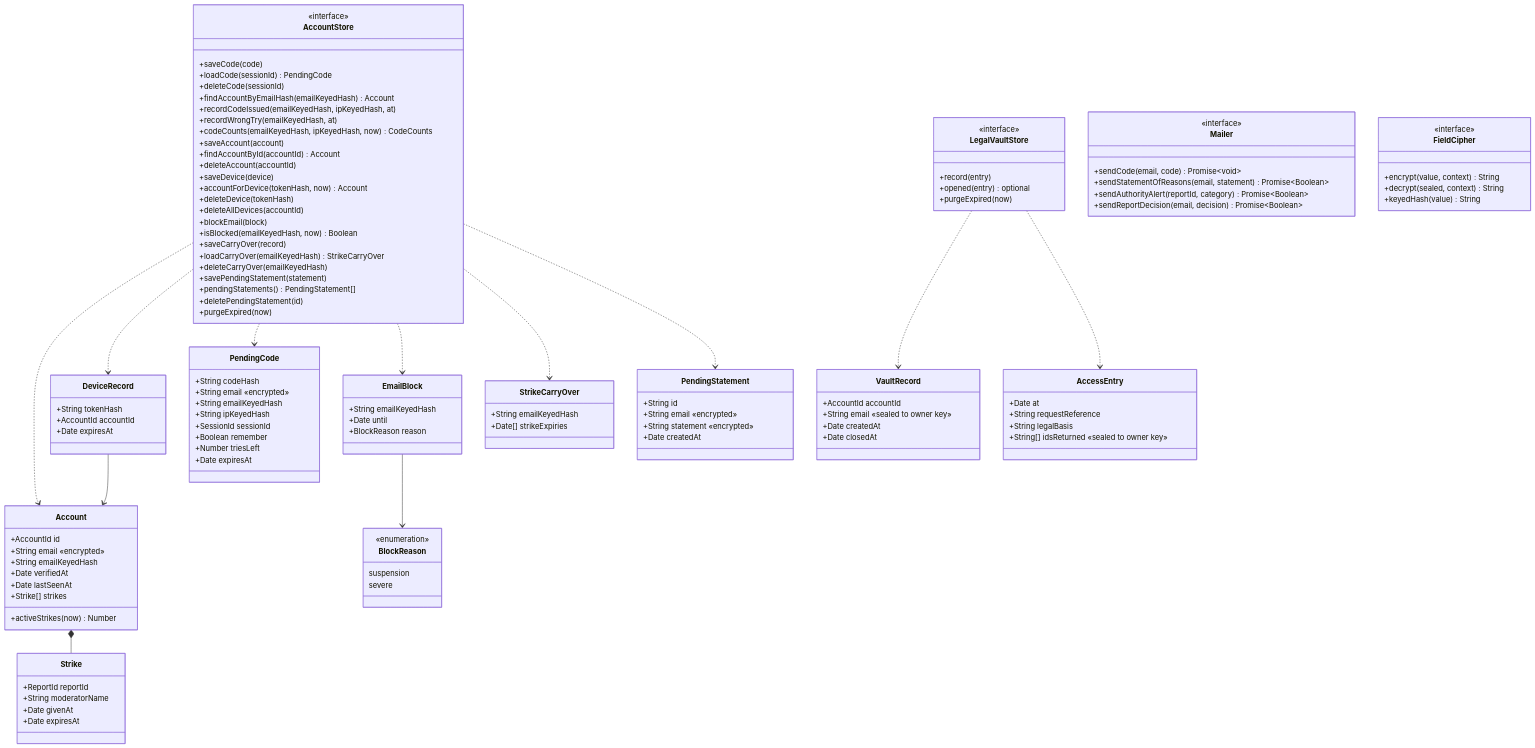
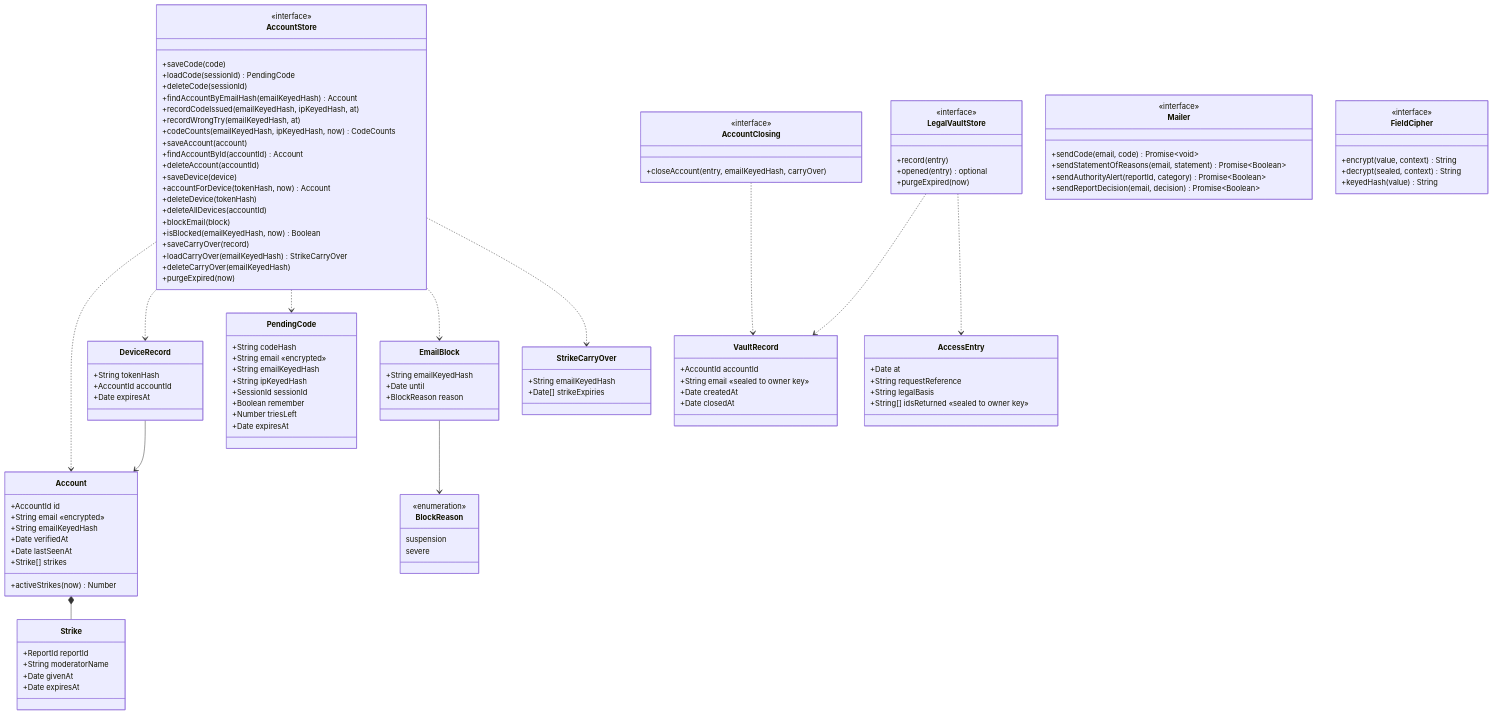
The diagram in docs/architecture/diagrams/accounts/04-class.md (benoit-bremaud/asv), drawn with Mermaid before and after one commit. The commit also changed other lines of this file and 7 other files, not shown here.

First line of the commit message:
fix(platform): close an account in one SQLite transaction (9b)

````diff
--- a/docs/architecture/diagrams/accounts/04-class.md
+++ b/docs/architecture/diagrams/accounts/04-class.md
@@ -57,12 +57,6 @@
     +String emailKeyedHash
     +Date[] strikeExpiries
   }
-  class PendingStatement {
-    +String id
-    +String email «encrypted»
-    +String statement «encrypted»
-    +Date createdAt
-  }
   class AccountStore {
     <<interface>>
     +saveCode(code)
@@ -84,9 +78,6 @@
     +saveCarryOver(record)
     +loadCarryOver(emailKeyedHash) StrikeCarryOver
     +deleteCarryOver(emailKeyedHash)
-    +savePendingStatement(statement)
-    +pendingStatements() PendingStatement[]
-    +deletePendingStatement(id)
     +purgeExpired(now)
   }
   class VaultRecord {
@@ -106,6 +97,10 @@
     +record(entry)
     +opened(entry) optional
     +purgeExpired(now)
+  }
+  class AccountClosing {
+    <<interface>>
+    +closeAccount(entry, emailKeyedHash, carryOver)
   }
   class Mailer {
     <<interface>>
@@ -128,7 +123,7 @@
   AccountStore ..> PendingCode
   AccountStore ..> EmailBlock
   AccountStore ..> StrikeCarryOver
-  AccountStore ..> PendingStatement
+  AccountClosing ..> VaultRecord
   LegalVaultStore ..> VaultRecord
   LegalVaultStore ..> AccessEntry
 ```
````
